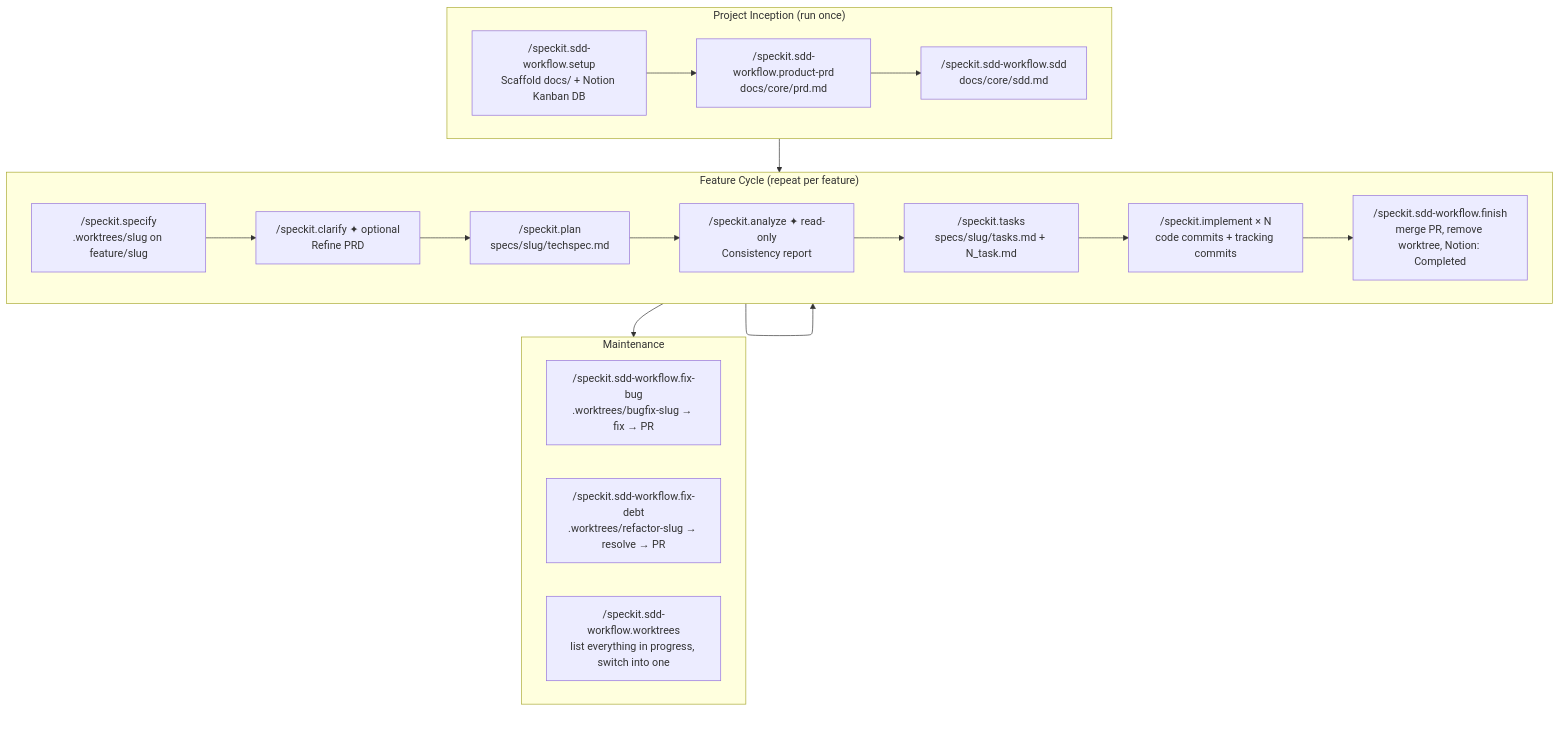
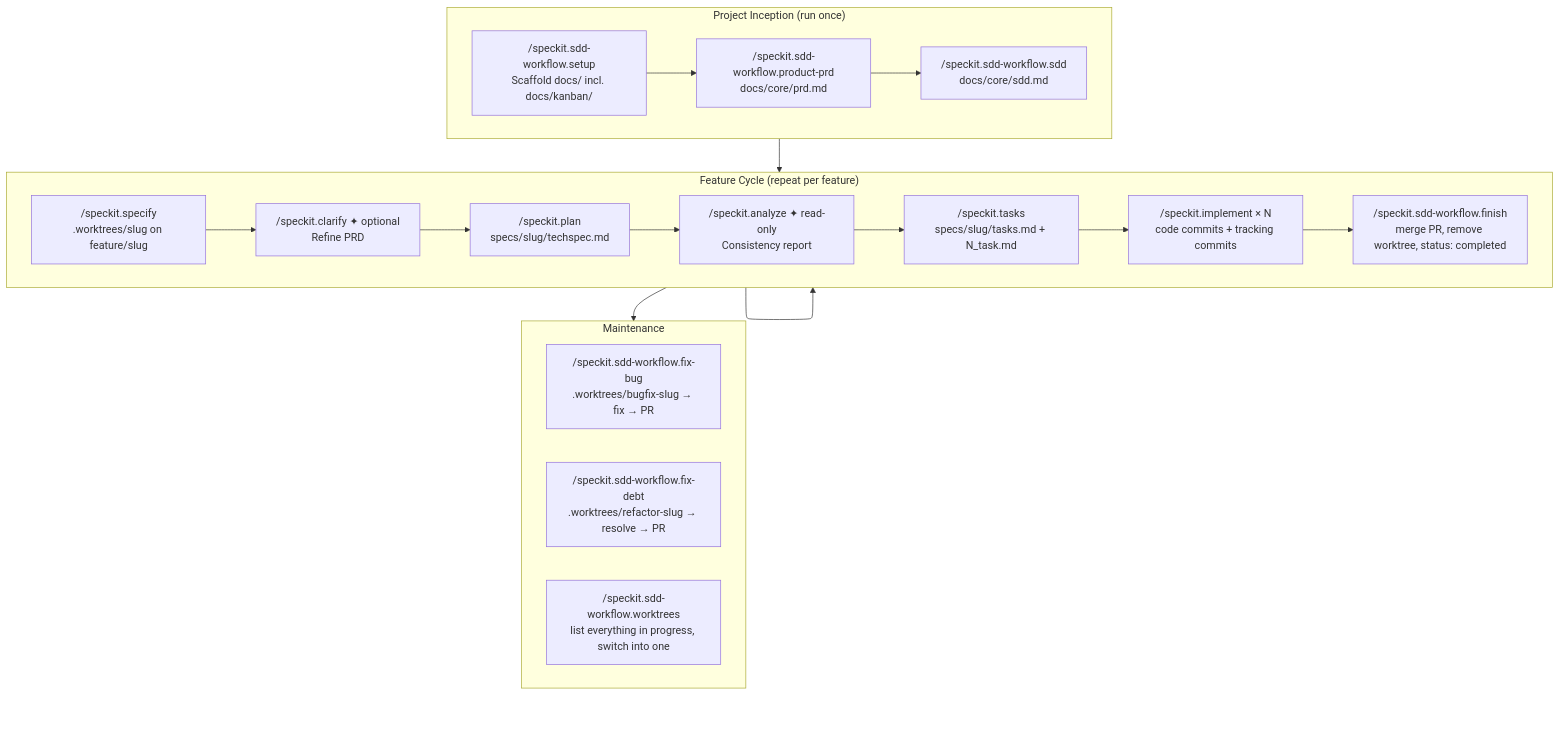
Before and after one commit to fabfdev/spec-kit-extension-sdd-workflow: the diagram in README.md, drawn with Mermaid. The commit also changed other lines of this file and 8 other files, not shown here.

````diff
--- a/README.md
+++ b/README.md
@@ -36,28 +37,28 @@
 ```mermaid
 flowchart TD
     subgraph inception["Project Inception (run once)"]
-        S["/speckit.sdd-workflow.setup\nScaffold docs/ + Notion Kanban DB"]
+        S["/speckit.sdd-workflow.setup\nScaffold docs/ incl. docs/kanban/"]
         S --> PP["/speckit.sdd-workflow.product-prd\ndocs/core/prd.md"]
         PP --> SDD["/speckit.sdd-workflow.sdd\ndocs/core/sdd.md"]
     end
 
     subgraph feature["Feature Cycle (repeat per feature)"]
         SP["/speckit.specify\n.worktrees/slug on feature/slug"]
         SP --> CL["/speckit.clarify ✦ optional\nRefine PRD"]
         CL --> PL["/speckit.plan\nspecs/slug/techspec.md"]
         PL --> AN["/speckit.analyze ✦ read-only\nConsistency report"]
         AN --> TA["/speckit.tasks\nspecs/slug/tasks.md + N_task.md"]
         TA --> IM["/speckit.implement × N\ncode commits + tracking commits"]
-        IM --> FIN["/speckit.sdd-workflow.finish\nmerge PR, remove worktree, Notion: Completed"]
+        IM --> FIN["/speckit.sdd-workflow.finish\nmerge PR, remove worktree, status: completed"]
     end
 
     subgraph health["Maintenance"]
         BUG["/speckit.sdd-workflow.fix-bug\n.worktrees/bugfix-slug → fix → PR"]
         DEBT["/speckit.sdd-workflow.fix-debt\n.worktrees/refactor-slug → resolve → PR"]
         WT["/speckit.sdd-workflow.worktrees\nlist everything in progress, switch into one"]
     end
 
     inception --> feature
     feature --> health
     feature --> feature
 ```
````
